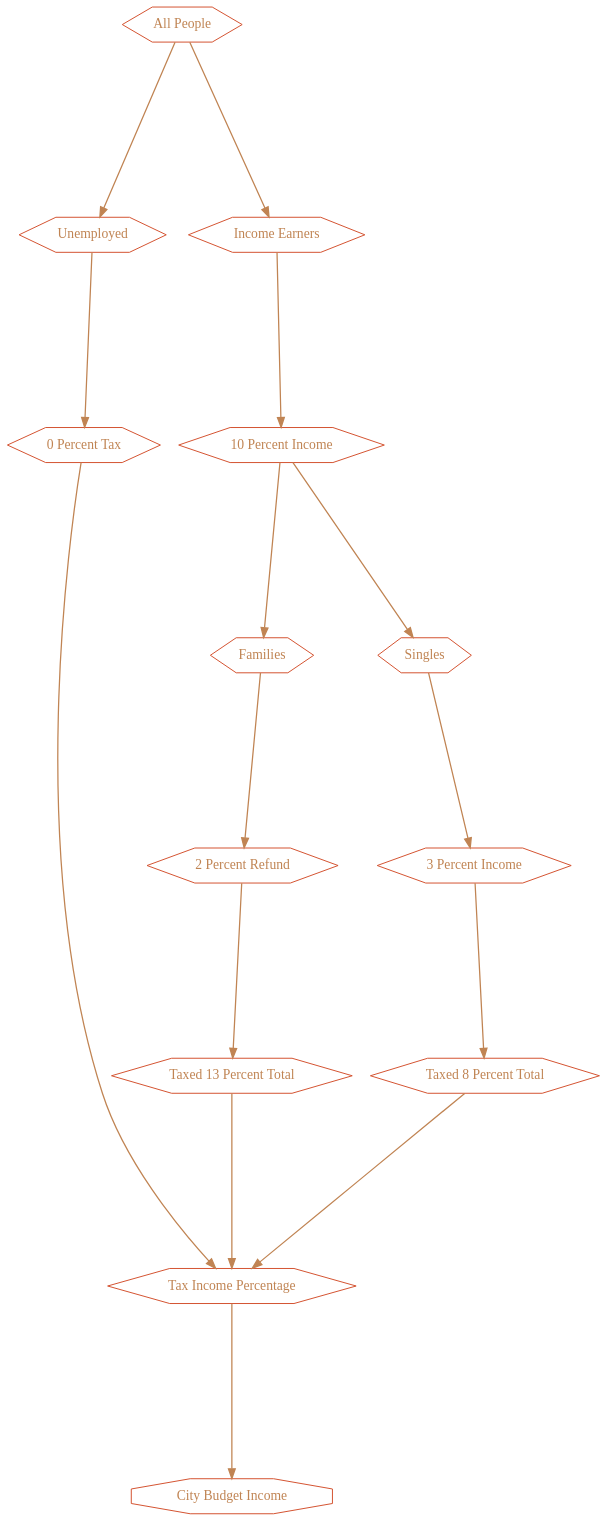
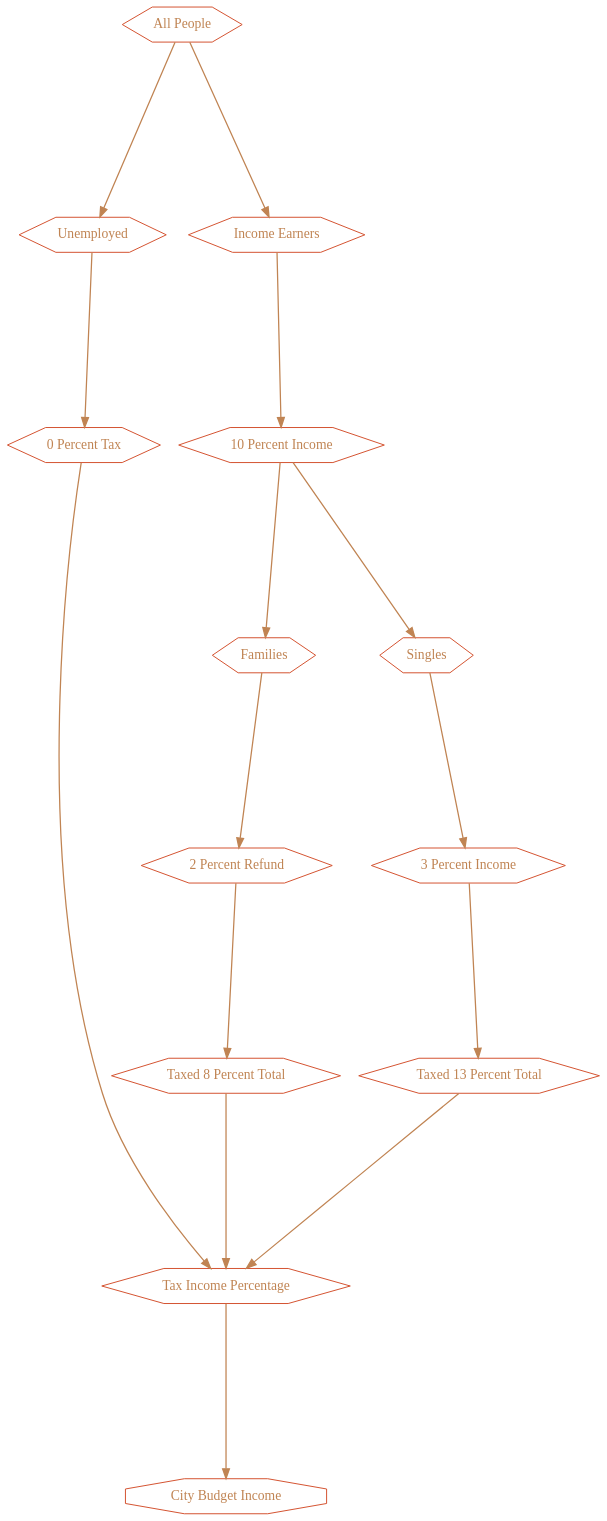
Before and after one commit to cartesiantheatre/handbook: the diagram in Handbook/Game_Mechanics/Graphviz/TaxationF.gv, drawn with Graphviz. The commit also changed 3 other files, not shown here.

```diff
--- a/Handbook/Game_Mechanics/Graphviz/TaxationF.gv
+++ b/Handbook/Game_Mechanics/Graphviz/TaxationF.gv
@@ -1,71 +1,71 @@
 /*
   This is part of the Avaneya Project Crew Handbook.
   Copyright (C) 2010-2014 Cartesian Theatre <info@cartesiantheatre.com>.
   See the file License for copying conditions.
 
 */
 
 digraph Taxation
 {
 	//Graph attributes...
 	bgcolor="transparent";
 	margin="0";
 	ratio="auto";
 	ranksep="2.5";
 	pad="0.5,0.5";
 	compound="true";
 	overlap="vpsc";
 	root="Taxation";
 
 	//Node attributes...
 	node[color="#d3502dff"];
 	node[fillcolor="gray10"];
 	node[fontcolor="#c08453ff"];
 	node[fontname="Ubuntu"];
 	node[shape="none"];
 
 	//Edge attributes...
 	edge[color="#c08453ff"];
 	edge[penwidth="1.3"];
 
 	// Relationships
 	"All People"[shape="hexagon"]
 	"Unemployed"[shape="hexagon"]
 	"Income Earners"[shape="hexagon"]
 	"Families"[shape="hexagon"]
 	"Singles"[shape="hexagon"]
 	"0 Percent Tax"[shape="hexagon"]
 	"10 Percent Income"[shape="hexagon"]
 	"2 Percent Refund"[shape="hexagon"]
 	"3 Percent Income"[shape="hexagon"]
 	"Taxed 13 Percent Total"[shape="hexagon"]
 	"Taxed 8 Percent Total"[shape="hexagon"]
 	"Tax Income Percentage"[shape="hexagon"]
 	"City Budget Income"[shape="octagon"]
 
 
 	"All People"				-> "Unemployed";
 	"All People"				-> "Income Earners";
 	"0 Percent Tax"				-> "Tax Income Percentage";		
 	"Unemployed"				-> "0 Percent Tax";		
 	
 	"Income Earners"			-> "10 Percent Income";
 
 	"10 Percent Income"			-> "Families";
 	"10 Percent Income"			-> "Singles";
 	
 	"Families"				-> "2 Percent Refund";
 	"Singles"				-> "3 Percent Income";
 	
-	"2 Percent Refund"			-> "Taxed 13 Percent Total";
-	"3 Percent Income"			-> "Taxed 8 Percent Total";
+	"2 Percent Refund"			-> "Taxed 8 Percent Total";
+	"3 Percent Income"			-> "Taxed 13 Percent Total";
 
 	"Taxed 13 Percent Total"		-> "Tax Income Percentage";
 	"Taxed 8 Percent Total"			-> "Tax Income Percentage";
 
 	"Tax Income Percentage"			-> "City Budget Income";
 
 
 	
 
 }
```
